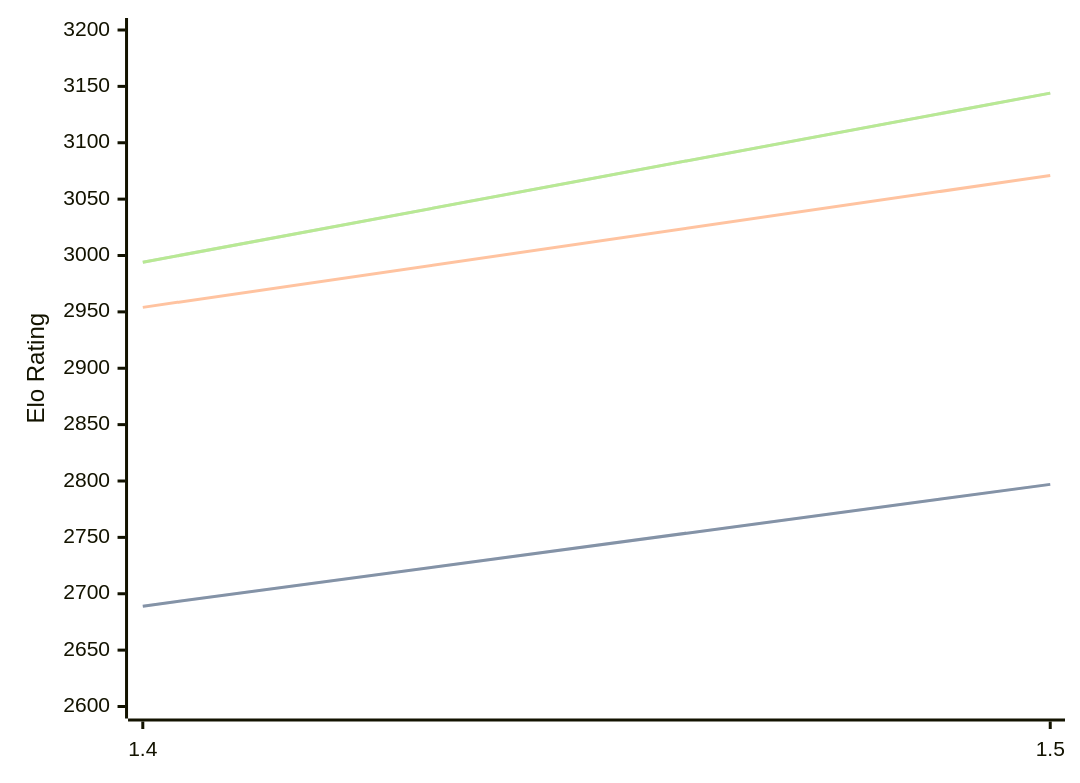
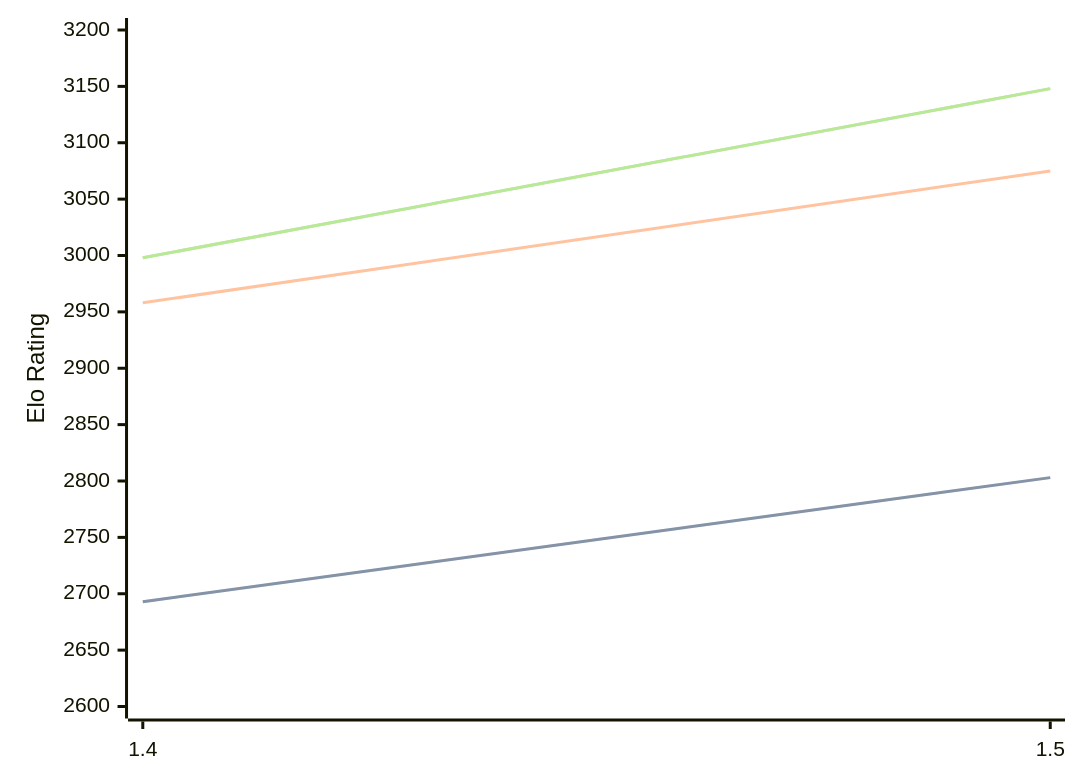
The diagram in engines/Yakka.md (computer-chess-index/cci), drawn with Mermaid before and after one commit. The commit also changed other lines of this file, not shown here.

Commit message:
Update CCI Ratings (ELO VLTC) - 2026-04-18

````diff
--- a/engines/Yakka.md
+++ b/engines/Yakka.md
@@ -36,11 +36,11 @@
 ```mermaid
 %%{init: {"theme":"base","themeVariables":{"seriesColors:['#a3a3a3','#222221','#faa371']}}}%%
 xychart-beta
   x-axis ["1.4", "1.5"]
   y-axis "Elo Rating" 2600 --> 3200
-  line "STC (8.0+0.08s)" [2689, 2797]
-  line "STC (8.0+0.08s)" [2689, 2797]
-  line "LTC (60.0+0.60s)" [2954, 3071]
-  line "VLTC (2m24s+1.12s)" [2994, 3144]
-  line "VLTC (2m24s+1.12s)" [2994, 3144]
+  line "STC (8.0+0.08s)" [2693, 2803]
+  line "STC (8.0+0.08s)" [2693, 2803]
+  line "LTC (60.0+0.60s)" [2958, 3075]
+  line "VLTC (2m24s+1.12s)" [2998, 3148]
+  line "VLTC (2m24s+1.12s)" [2998, 3148]
 ```
````
